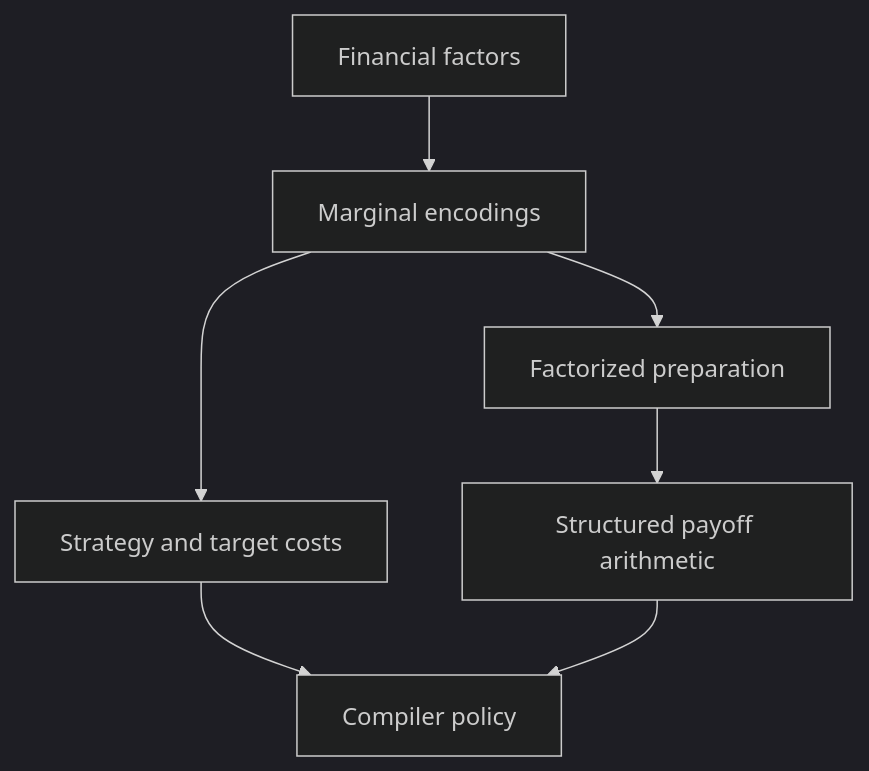
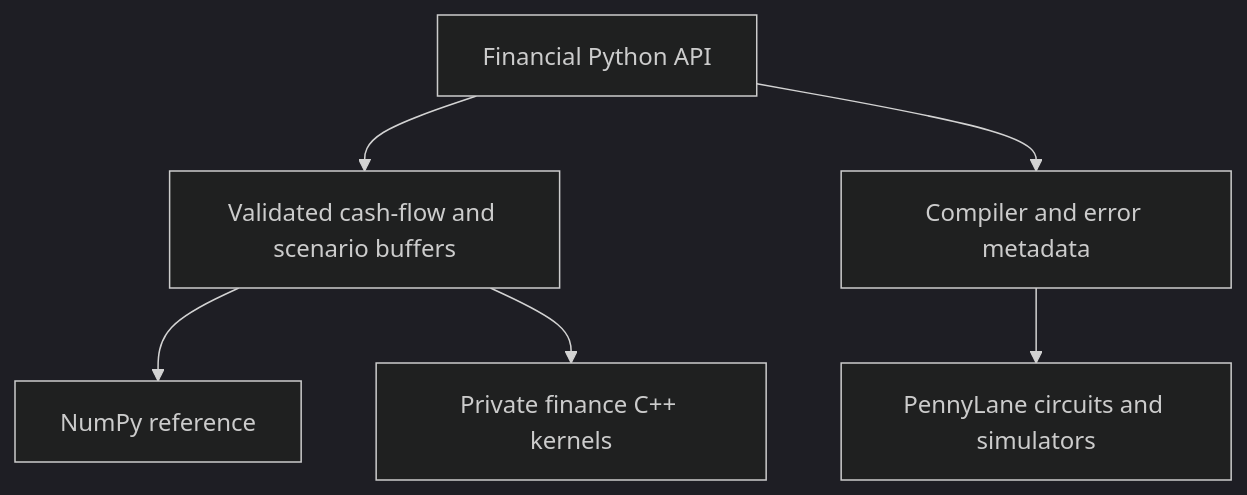
The diagram in docs/architecture.md (venkatkota2/QFin), drawn with Mermaid (dark theme) before and after one commit. The commit also changed other lines of this file and 158 other files, not shown here.

````diff
--- a/docs/architecture.md
+++ b/docs/architecture.md
@@ -290,9 +8,8 @@
 ```mermaid
 flowchart TB
-    F["Financial factors"] --> M["Marginal encodings"]
-    M --> P["Factorized preparation"]
-    M --> S["Strategy and target costs"]
-    P --> A["Structured payoff arithmetic"]
-    S --> C["Compiler policy"]
-    A --> C
+    A["Financial Python API"] --> B["Validated cash-flow and scenario buffers"]
+    B --> C["NumPy reference"]
+    B --> D["Private finance C++ kernels"]
+    A --> E["Compiler and error metadata"]
+    E --> F["PennyLane circuits and simulators"]
 ```
````
